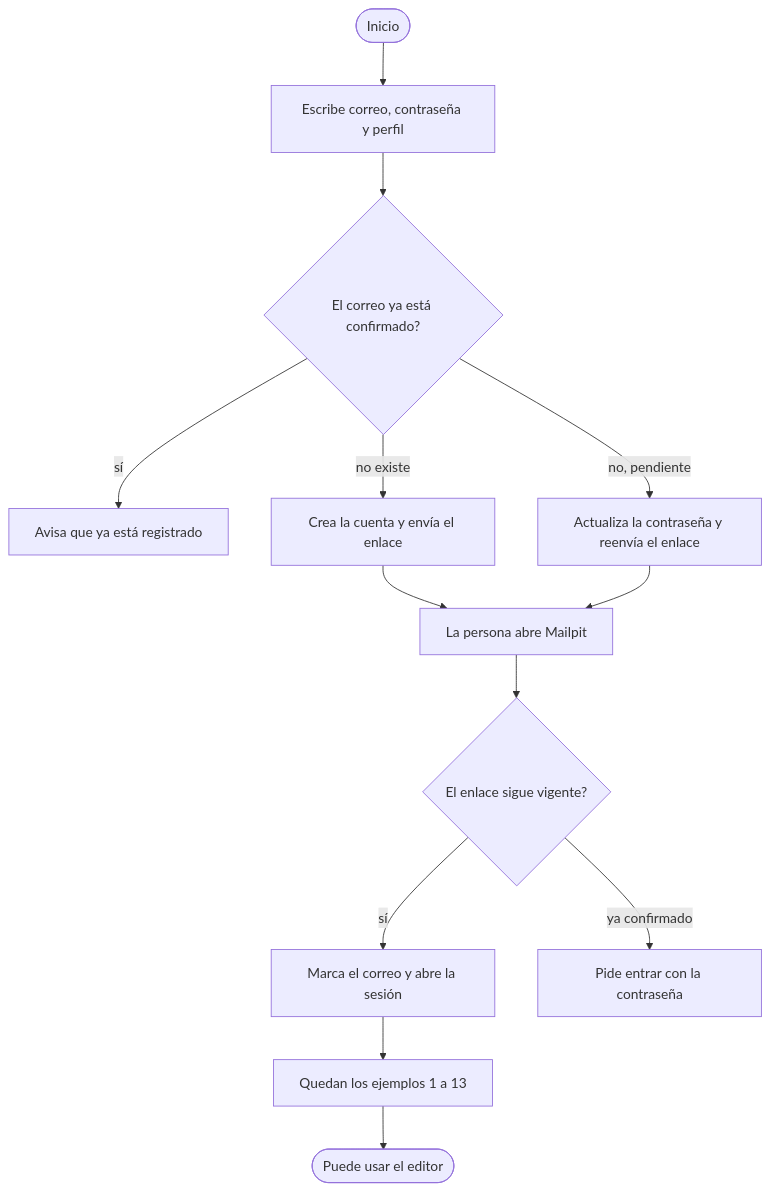
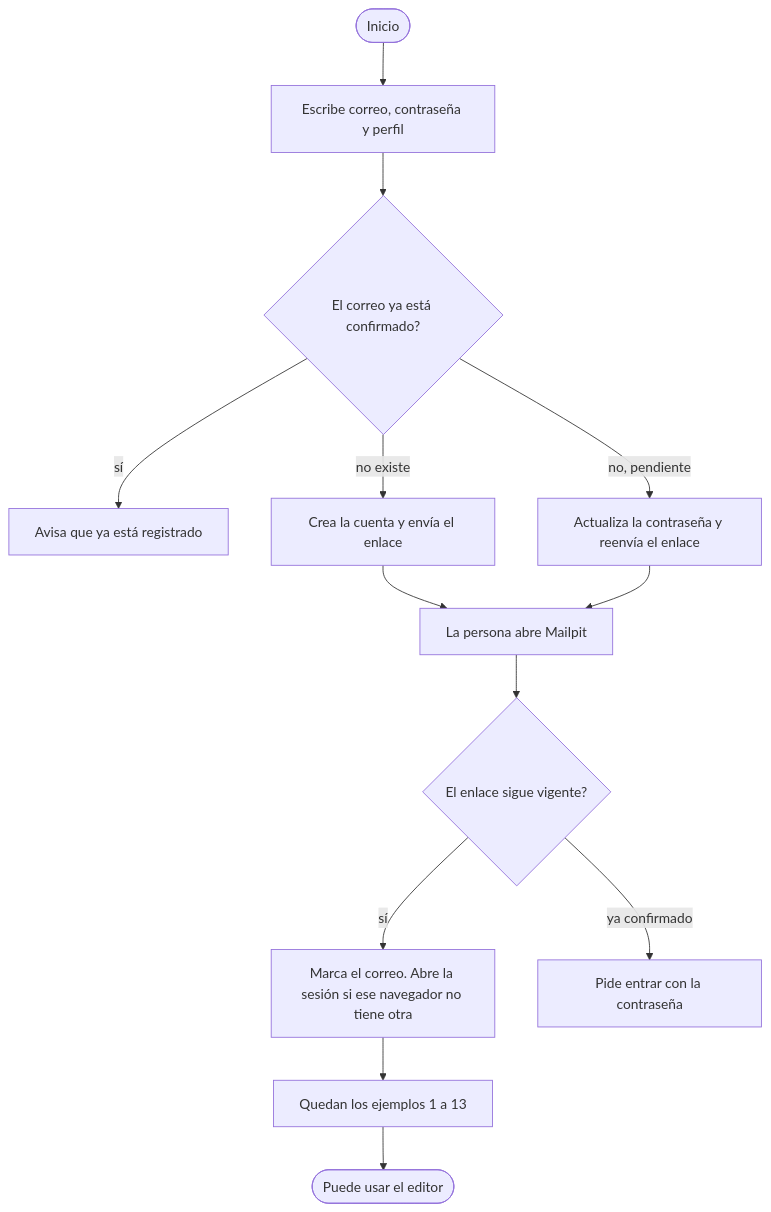
Before and after one commit to roque-code/FCDesign_client_server: the first of 3 diagrams in docs/vistas/diagrama-de-procesos.md, drawn with Mermaid. The commit also changed other lines of this file and 20 other files, not shown here.

````diff
--- a/docs/vistas/diagrama-de-procesos.md
+++ b/docs/vistas/diagrama-de-procesos.md
@@ -7,15 +7,15 @@
 ```mermaid
 flowchart TD
     inicio([Inicio]) --> datos[Escribe correo, contraseña y perfil]
     datos --> existe{El correo ya está confirmado?}
     existe -->|sí| rechazo[Avisa que ya está registrado]
     existe -->|no, pendiente| reenvia[Actualiza la contraseña y reenvía el enlace]
     existe -->|no existe| crea[Crea la cuenta y envía el enlace]
     crea --> buzon[La persona abre Mailpit]
     reenvia --> buzon
     buzon --> enlace{El enlace sigue vigente?}
-    enlace -->|sí| activa[Marca el correo y abre la sesión]
+    enlace -->|sí| activa[Marca el correo. Abre la sesión si ese navegador no tiene otra]
     enlace -->|ya confirmado| entrar[Pide entrar con la contraseña]
     activa --> ejemplos[Quedan los ejemplos 1 a 13]
     ejemplos --> fin([Puede usar el editor])
 ```
````
